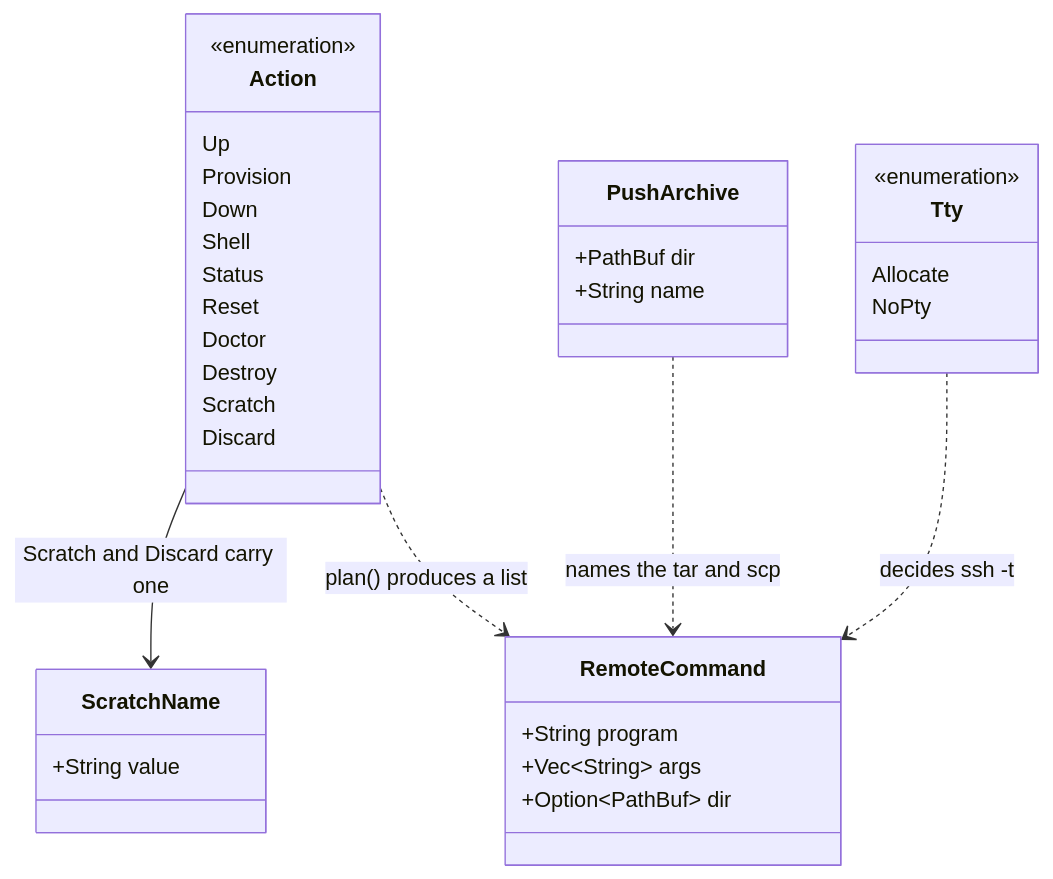
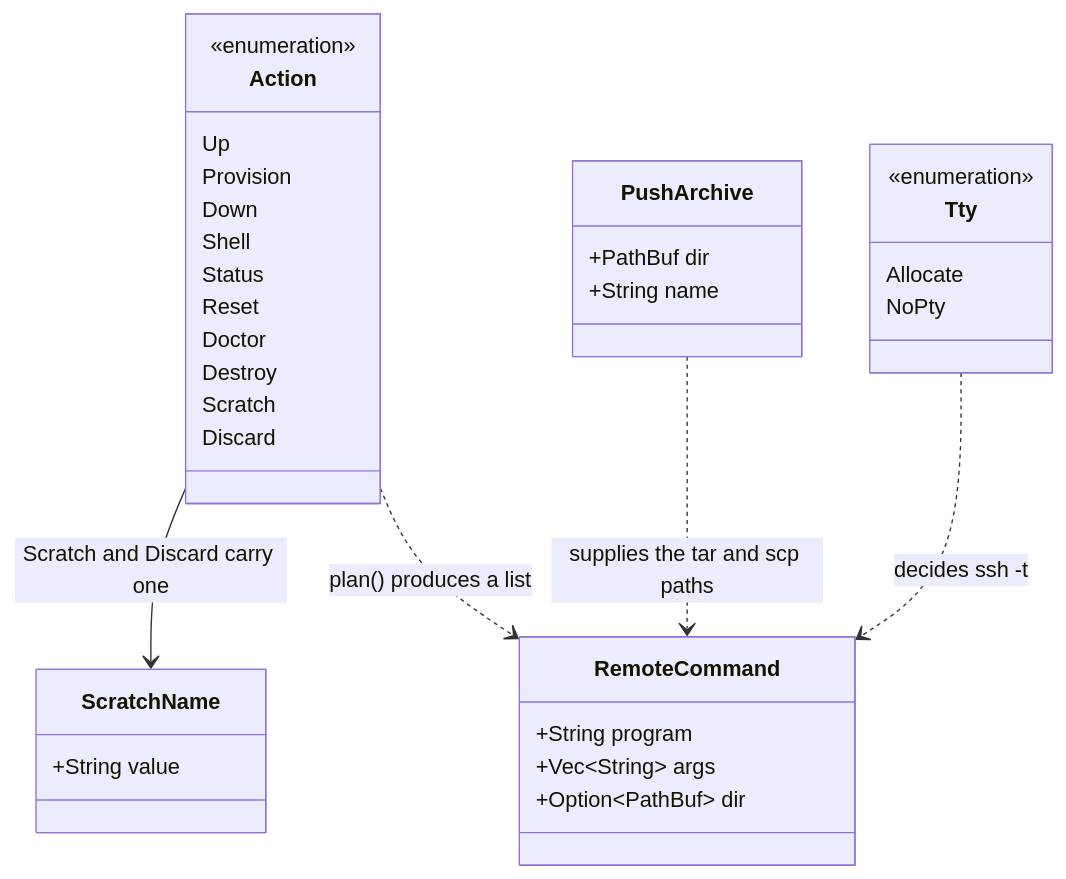
One commit to breki/bombyx changed the fourth of 6 diagrams in docs/architecture.md. Above: the diagram before and after it, drawn with Mermaid. The commit also changed other lines of this file and 19 other files, not shown here.

````diff
--- a/docs/architecture.md
+++ b/docs/architecture.md
@@ -184,38 +190,38 @@
 ```mermaid
 classDiagram
   class Action {
     <<enumeration>>
     Up
     Provision
     Down
     Shell
     Status
     Reset
     Doctor
     Destroy
     Scratch
     Discard
   }
   class ScratchName {
     +String value
   }
   class RemoteCommand {
     +String program
     +Vec~String~ args
     +Option~PathBuf~ dir
   }
   class PushArchive {
     +PathBuf dir
     +String name
   }
   class Tty {
     <<enumeration>>
     Allocate
     NoPty
   }
 
   Action --> ScratchName : Scratch and Discard carry one
   Action ..> RemoteCommand : plan() produces a list
-  PushArchive ..> RemoteCommand : names the tar and scp
+  PushArchive ..> RemoteCommand : supplies the tar and scp paths
   Tty ..> RemoteCommand : decides ssh -t
 ```
````
